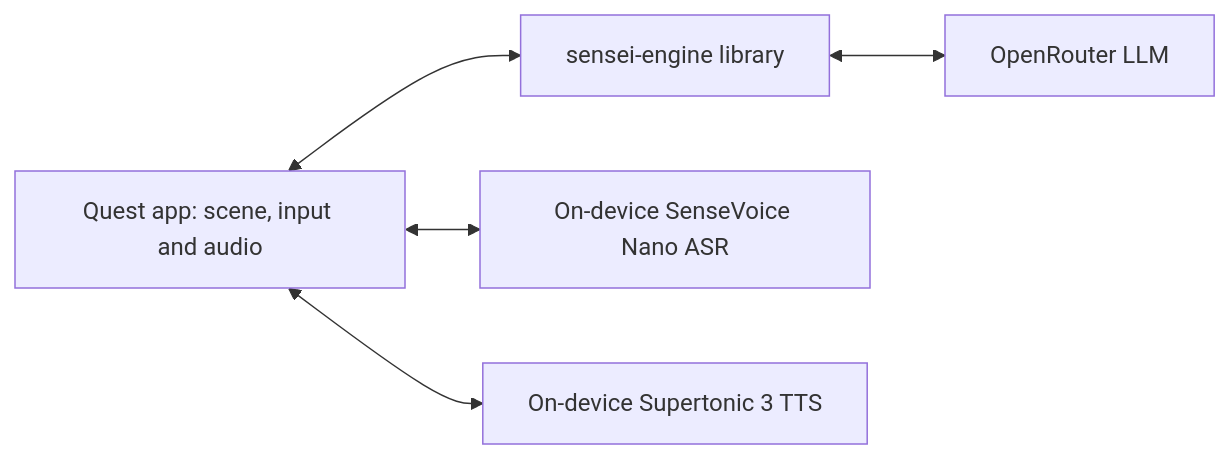
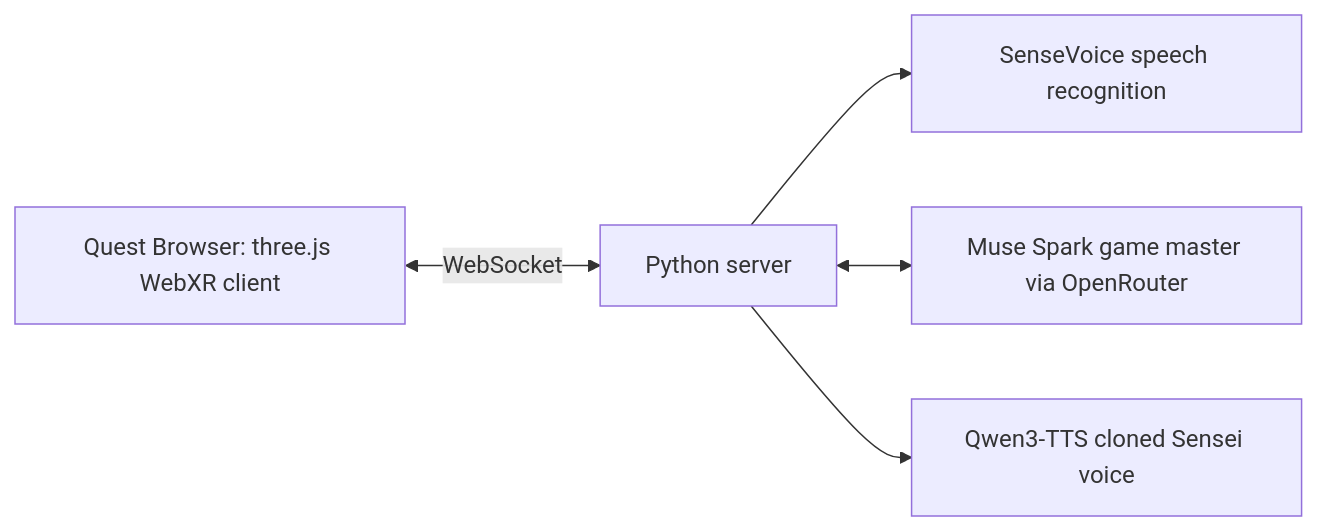
One commit to Lodimup/vr-red-panda-sensei changed the diagram in README.md. Above: the diagram before and after it, drawn with Mermaid. The commit also changed other lines of this file and 3 other files, not shown here.

````diff
--- a/README.md
+++ b/README.md
@@ -31,7 +33,7 @@
 ```mermaid
 flowchart LR
-  Q[Quest app: scene, input and audio] <--> E[sensei-engine library]
-  E <--> L[OpenRouter LLM]
-  Q <--> A[On-device SenseVoice Nano ASR]
-  Q <--> T[On-device Supertonic 3 TTS]
+  B[Quest Browser: three.js WebXR client] <-->|WebSocket| S[Python server]
+  S --> A[SenseVoice speech recognition]
+  S <--> M[Muse Spark game master via OpenRouter]
+  S --> T[Qwen3-TTS cloned Sensei voice]
 ```
````
